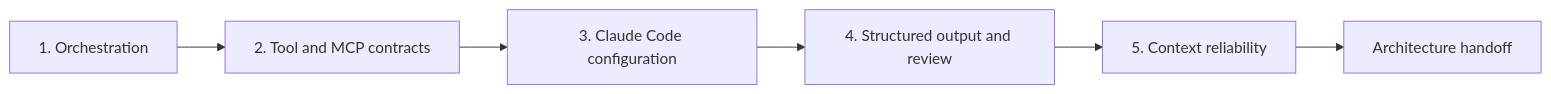
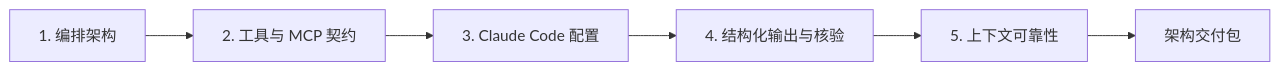
One commit to cluster1900/ai-engineering-from-scratch-zh changed the diagram in certifications/claude/lessons/31-architect-foundations-scenario-capstone/docs/en.md. Above: the diagram before and after it, drawn with Mermaid. The commit also changed other lines of this file and 187 other files, not shown here.

````diff
--- a/certifications/claude/lessons/31-architect-foundations-scenario-capstone/docs/en.md
+++ b/certifications/claude/lessons/31-architect-foundations-scenario-capstone/docs/en.md
@@ -63,8 +63,8 @@
 ```mermaid
 flowchart LR
-    A["1. Orchestration"] --> B["2. Tool and MCP contracts"]
-    B --> C["3. Claude Code configuration"]
-    C --> D["4. Structured output and review"]
-    D --> E["5. Context reliability"]
-    E --> F["Architecture handoff"]
+    A["1. 编排架构"] --> B["2. 工具与 MCP 契约"]
+    B --> C["3. Claude Code 配置"]
+    C --> D["4. 结构化输出与核验"]
+    D --> E["5. 上下文可靠性"]
+    E --> F["架构交付包"]
 ```
````
